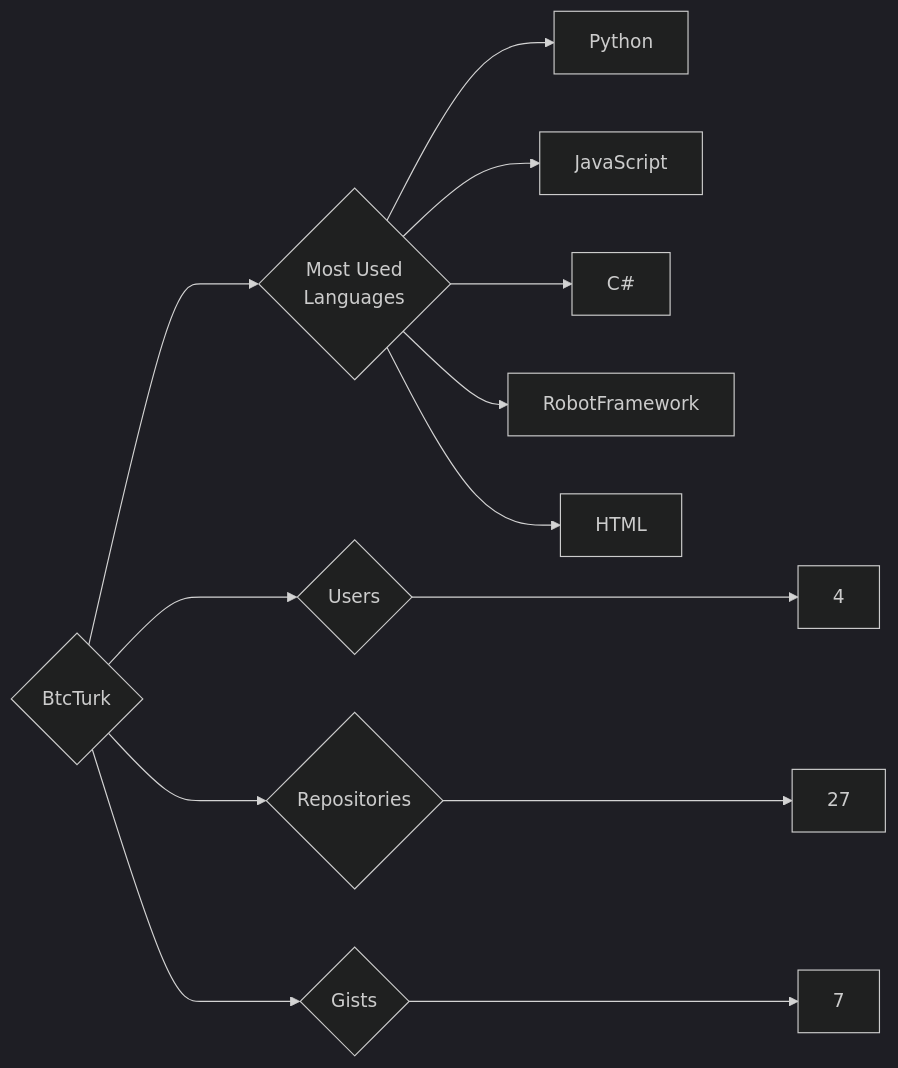
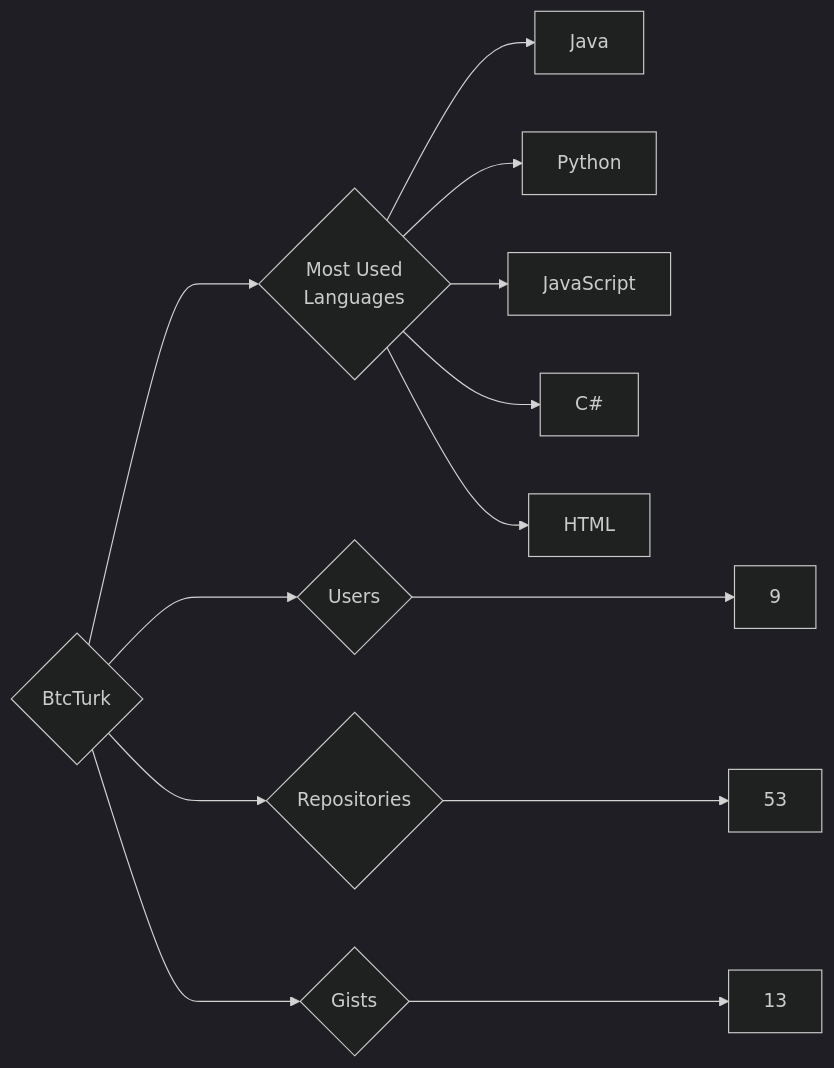
Before and after one commit to trickest/insiders: the diagram in targets/BtcTurk/README.md, drawn with Mermaid (dark theme). The commit also changed 783 other files, not shown here.

````diff
--- a/targets/BtcTurk/README.md
+++ b/targets/BtcTurk/README.md
@@ -3,13 +3,13 @@
 ```mermaid
 graph LR
 COMPANY_NAME{BtcTurk}
-COMPANY_NAME ---> U{Users} ---> UN[4]
-COMPANY_NAME ---> R{Repositories} ---> RN[27]
-COMPANY_NAME ---> G{Gists} ---> GN[7]
+COMPANY_NAME ---> U{Users} ---> UN[9]
+COMPANY_NAME ---> R{Repositories} ---> RN[53]
+COMPANY_NAME ---> G{Gists} ---> GN[13]
 COMPANY_NAME ---> ML{Most Used<br>Languages}
+ML --> Java[Java]
 ML --> Python[Python]
 ML --> JavaScript[JavaScript]
 ML --> C#[C#]
-ML --> RobotFramework[RobotFramework]
 ML --> HTML[HTML]
 ```
````
